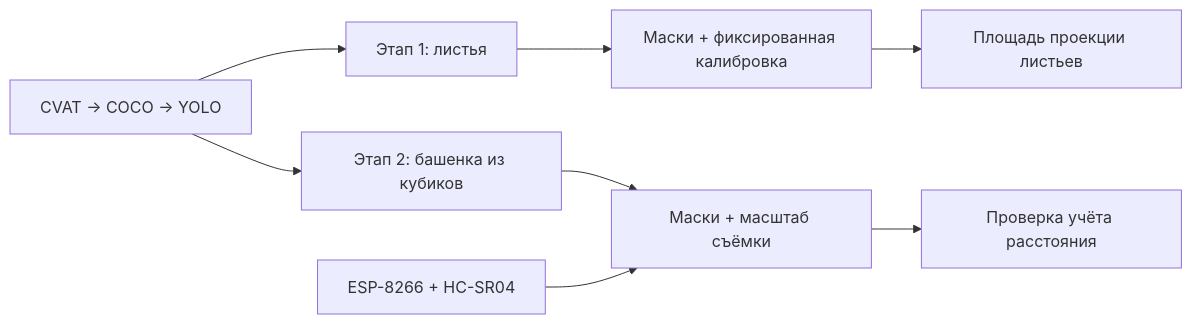
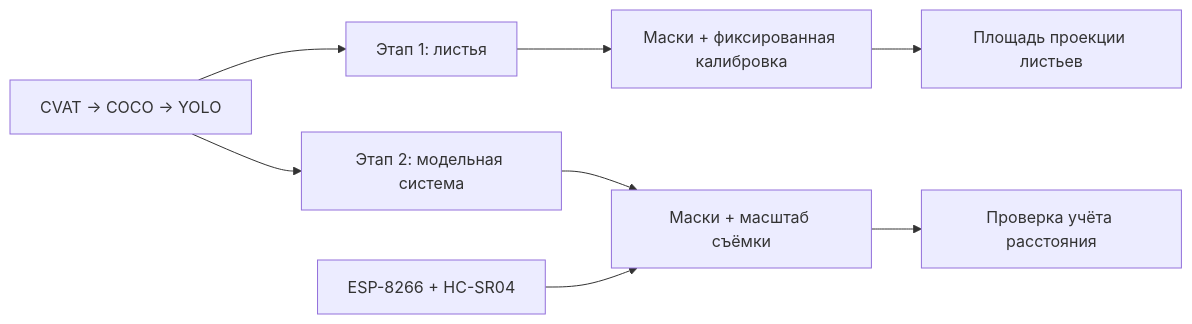
Before and after one commit to potapovBio/basil-leaf-area: the diagram in basil-leaf-area/README.md, drawn with Mermaid. The commit also changed other lines of this file, not shown here.

````diff
--- a/basil-leaf-area/README.md
+++ b/basil-leaf-area/README.md
@@ -35,10 +35,10 @@
 ```mermaid
 flowchart LR
     A[CVAT → COCO → YOLO] --> B[Этап 1: листья]
     B --> C[Маски + фиксированная калибровка]
     C --> D[Площадь проекции листьев]
-    A --> E[Этап 2: башенка из кубиков]
+    A --> E[Этап 2: модельная система]
     E --> F[Маски + масштаб съёмки]
     G[ESP-8266 + HC-SR04] --> F
     F --> H[Проверка учёта расстояния]
 ```
````
